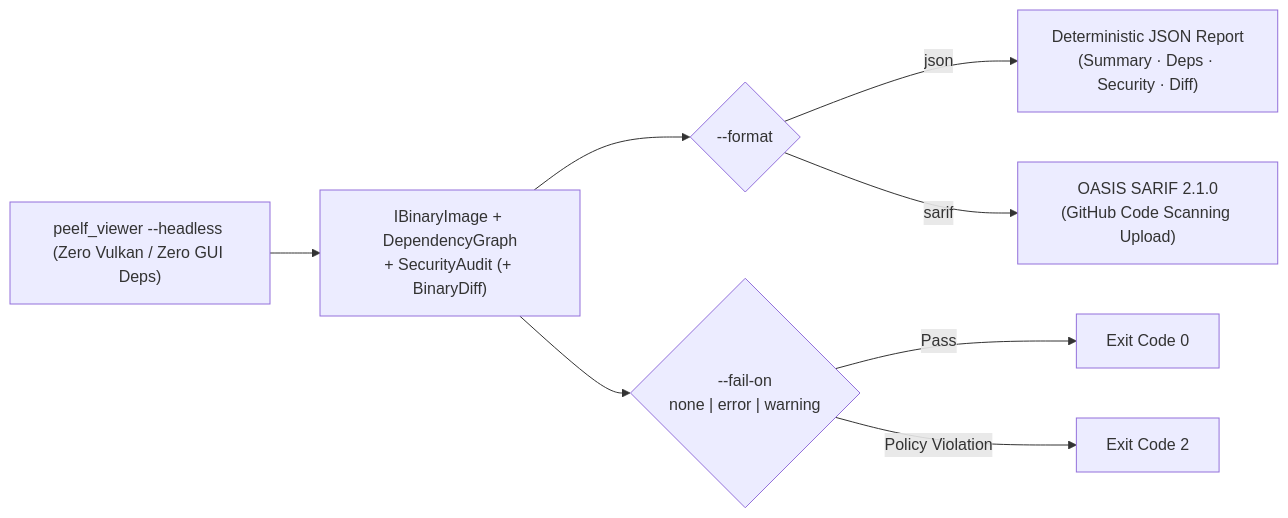
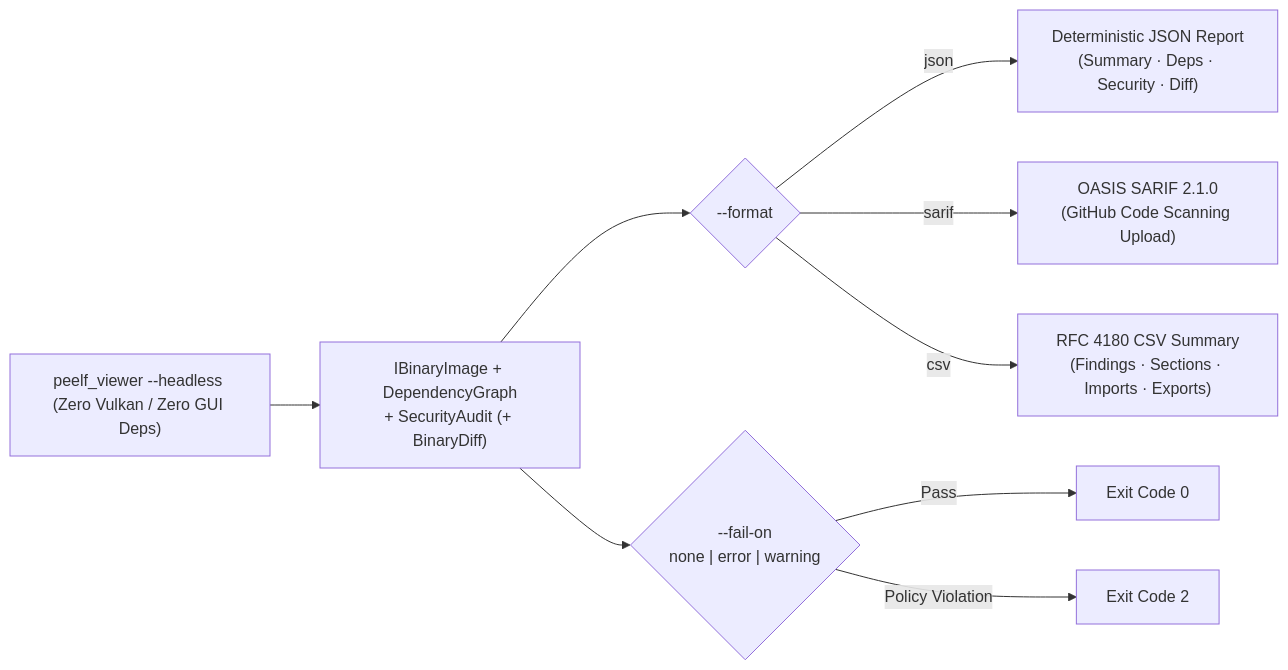
One commit to wsollers/exe_viewer changed the fifth of 5 diagrams in docs/USER_GUIDE.md. Above: the diagram before and after it, drawn with Mermaid. The commit also changed other lines of this file and 24 other files, not shown here.

````diff
--- a/docs/USER_GUIDE.md
+++ b/docs/USER_GUIDE.md
@@ -773,10 +774,11 @@
 ```mermaid
 flowchart LR
     cli["peelf_viewer --headless <binary><br/>(Zero Vulkan / Zero GUI Deps)"] --> parse["IBinaryImage + DependencyGraph<br/>+ SecurityAudit (+ BinaryDiff)"]
     parse --> fmt{"--format"}
     fmt -->|json| json["Deterministic JSON Report<br/>(Summary · Deps · Security · Diff)"]
     fmt -->|sarif| sarif["OASIS SARIF 2.1.0<br/>(GitHub Code Scanning Upload)"]
+    fmt -->|csv| csv["RFC 4180 CSV Summary<br/>(Findings · Sections · Imports · Exports)"]
     parse --> gate{"--fail-on<br/>none | error | warning"}
     gate -->|Pass| e0["Exit Code 0"]
     gate -->|Policy Violation| e2["Exit Code 2"]
 ```
````
